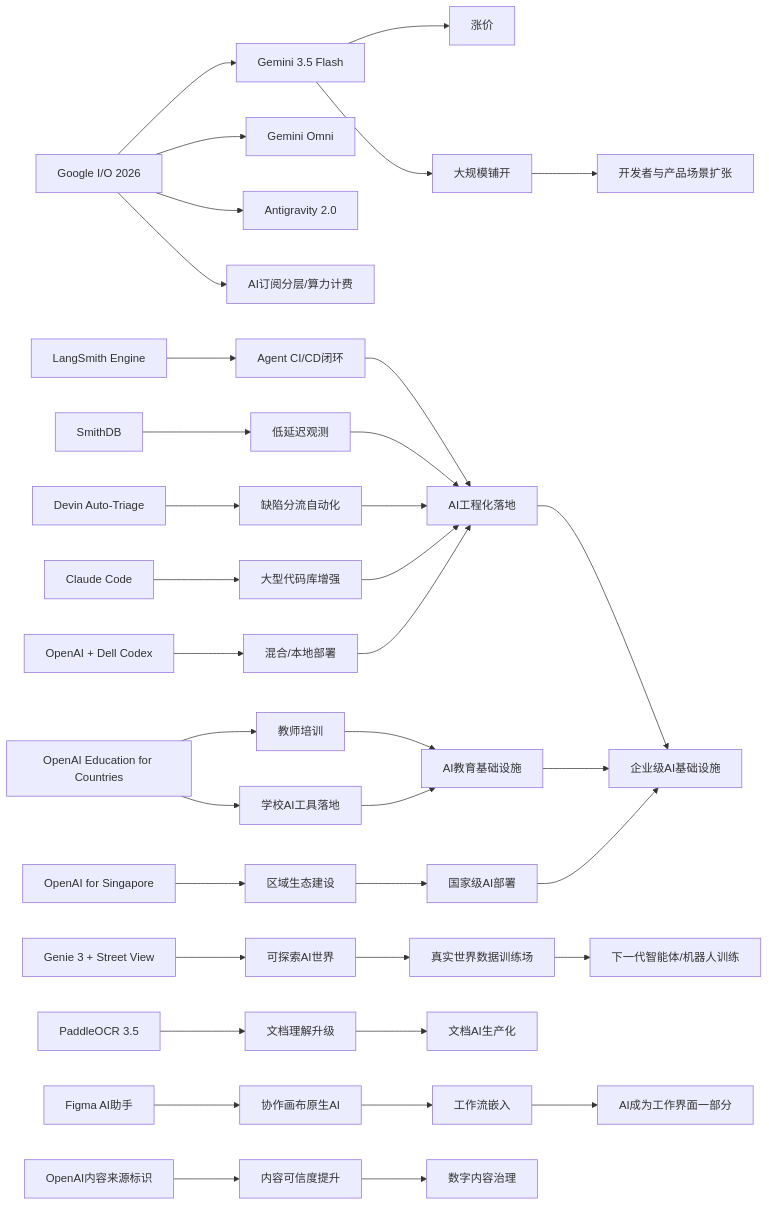
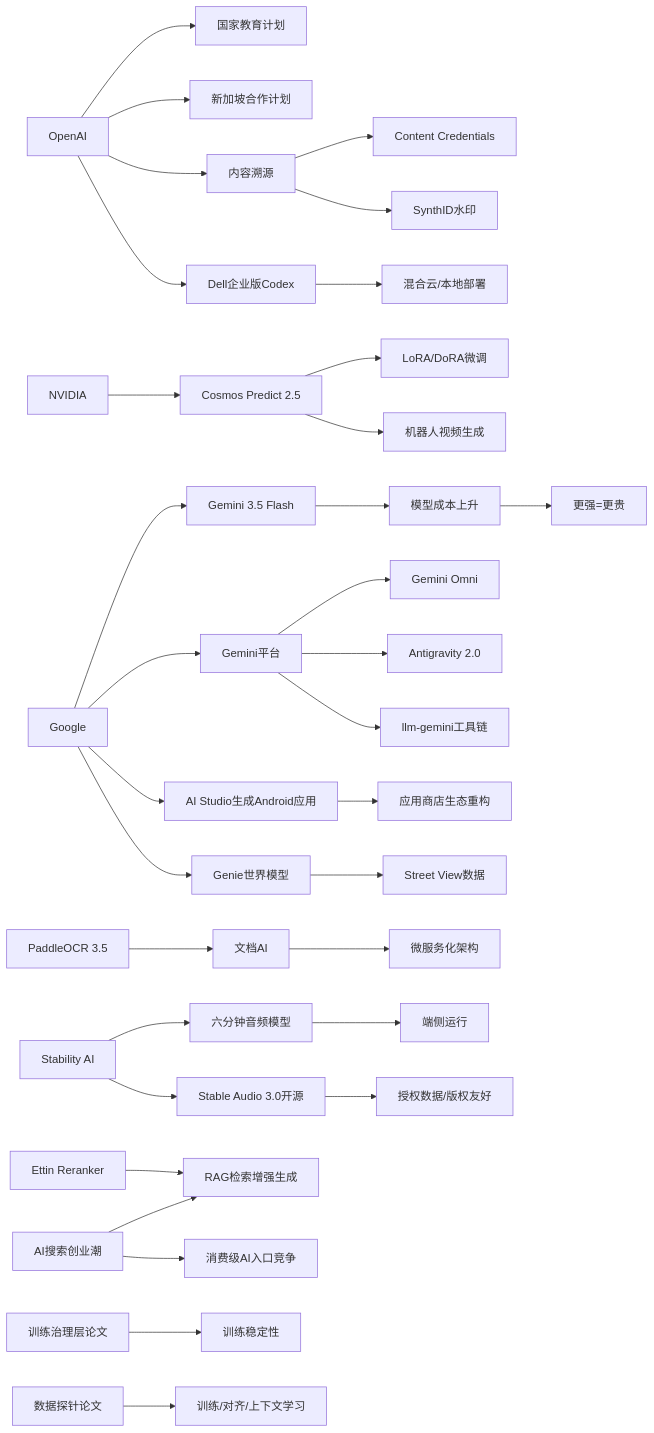
One commit to zhuxinfei/ai-daily-site changed the diagram in content/cn/2026/2026-05/2026-05-20.md. Above: the diagram before and after it, drawn with Mermaid. The commit also changed other lines of this file, not shown here.

````diff
--- a/content/cn/2026/2026-05/2026-05-20.md
+++ b/content/cn/2026/2026-05/2026-05-20.md
@@ -110,44 +134,41 @@
 ```mermaid
 graph LR
-    A[Google I/O 2026] --> B[Gemini 3.5 Flash]
-    A --> C[Gemini Omni]
-    A --> D[Antigravity 2.0]
-    A --> E[AI订阅分层/算力计费]
-    B --> F[涨价]
-    B --> G[大规模铺开]
-    G --> H[开发者与产品场景扩张]
+    Google[Google] --> Gemini35[Gemini 3.5 Flash]
+    Google --> GeminiPlatform[Gemini平台]
+    GeminiPlatform --> GeminiOmni[Gemini Omni]
+    GeminiPlatform --> Antigravity[Antigravity 2.0]
+    GeminiPlatform --> llmGemini[llm-gemini工具链]
+    Google --> AIStudio[AI Studio生成Android应用]
+    Google --> Genie[Genie世界模型]
+    Genie --> StreetView[Street View数据]
 
-    I[LangSmith Engine] --> J[Agent CI/CD闭环]
-    K[SmithDB] --> L[低延迟观测]
-    M[Devin Auto-Triage] --> N[缺陷分流自动化]
-    O[Claude Code] --> P[大型代码库增强]
-    Q[OpenAI + Dell Codex] --> R[混合/本地部署]
-    J --> S[AI工程化落地]
-    L --> S
-    N --> S
-    P --> S
-    R --> S
+    OpenAI[OpenAI] --> EduPlan[国家教育计划]
+    OpenAI --> Singapore[新加坡合作计划]
+    OpenAI --> Provenance[内容溯源]
+    Provenance --> Credentials[Content Credentials]
+    Provenance --> SynthID[SynthID水印]
+    OpenAI --> DellCodex[Dell企业版Codex]
+    DellCodex --> HybridCloud[混合云/本地部署]
 
-    T[OpenAI Education for Countries] --> U[教师培训]
-    T --> V[学校AI工具落地]
-    W[OpenAI for Singapore] --> X[区域生态建设]
-    U --> Y[AI教育基础设施]
-    V --> Y
-    X --> Z[国家级AI部署]
+    NVIDIA[NVIDIA] --> Cosmos[Cosmos Predict 2.5]
+    Cosmos --> LoRA[LoRA/DoRA微调]
+    Cosmos --> RobotVideo[机器人视频生成]
 
-    AA[Genie 3 + Street View] --> AB[可探索AI世界]
-    AC[PaddleOCR 3.5] --> AD[文档理解升级]
-    AE[Figma AI助手] --> AF[协作画布原生AI]
-    AG[OpenAI内容来源标识] --> AH[内容可信度提升]
+    Search[AI搜索创业潮] --> RAG[RAG检索增强生成]
+    Ettin[Ettin Reranker] --> RAG
+    PaddleOCR[PaddleOCR 3.5] --> DocAI[文档AI]
+    DocAI --> Microservice[微服务化架构]
 
-    AB --> AI[真实世界数据训练场]
-    AD --> AJ[文档AI生产化]
-    AF --> AK[工作流嵌入]
-    AH --> AL[数字内容治理]
+    StabilityAI[Stability AI] --> AudioModel[六分钟音频模型]
+    StabilityAI --> StableAudio[Stable Audio 3.0开源]
+    AudioModel --> Edge[端侧运行]
+    StableAudio --> Copyright[授权数据/版权友好]
 
-    S --> AM[企业级AI基础设施]
-    Y --> AM
-    Z --> AM
-    AI --> AN[下一代智能体/机器人训练]
-    AK --> AO[AI成为工作界面一部分]
+    TrainGov[训练治理层论文] --> Stability[训练稳定性]
+    DataProbe[数据探针论文] --> Training[训练/对齐/上下文学习]
+
+    Gemini35 --> Cost[模型成本上升]
+    Cost --> IndustryTrend[更强=更贵]
+    Search --> ConsumerAI[消费级AI入口竞争]
+    AIStudio --> AppEcosystem[应用商店生态重构]
 ```
````
